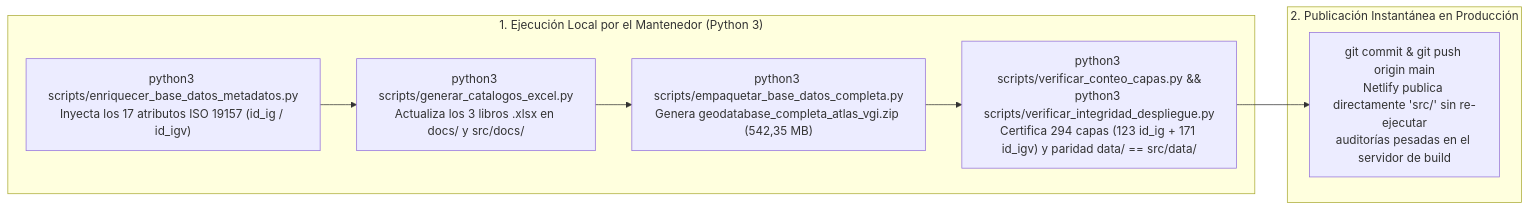
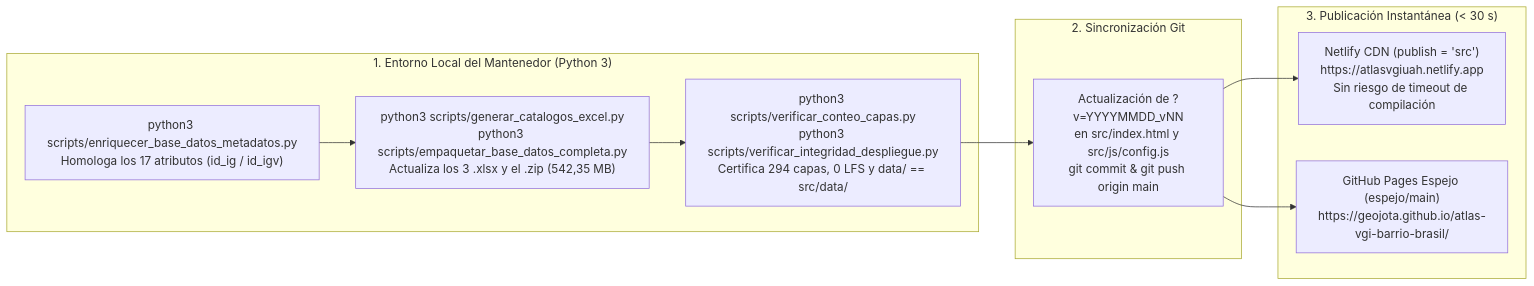
Before and after one commit to GEOJOTA/atlas-vgi-barrio-brasil: diagram 14 of 15 in src/docs/MANUAL_ACTUALIZACION_ATLAS.md, drawn with Mermaid. The commit also changed other lines of this file and 8 other files, not shown here.

Commit message:
docs(prototipo-02): robustecer y expandir manual de actualizacion, diagramas y documentacion navegable (v65)

````diff
--- a/src/docs/MANUAL_ACTUALIZACION_ATLAS.md
+++ b/src/docs/MANUAL_ACTUALIZACION_ATLAS.md
@@ -728,15 +763,19 @@
 ```mermaid
 flowchart LR
-    subgraph LOCAL["1. Ejecución Local por el Mantenedor (Python 3)"]
-        S1["python3 scripts/enriquecer_base_datos_metadatos.py\nInyecta los 17 atributos ISO 19157 (id_ig / id_igv)"]
-        S2["python3 scripts/generar_catalogos_excel.py\nActualiza los 3 libros .xlsx en docs/ y src/docs/"]
-        S3["python3 scripts/empaquetar_base_datos_completa.py\nGenera geodatabase_completa_atlas_vgi.zip (542,35 MB)"]
-        S4["python3 scripts/verificar_conteo_capas.py &&\npython3 scripts/verificar_integridad_despliegue.py\nCertifica 294 capas (123 id_ig + 171 id_igv) y paridad data/ == src/data/"]
+    subgraph LOCAL["1. Entorno Local del Mantenedor (Python 3)"]
+        L1["python3 scripts/enriquecer_base_datos_metadatos.py\nHomologa los 17 atributos (id_ig / id_igv)"]
+        L2["python3 scripts/generar_catalogos_excel.py\npython3 scripts/empaquetar_base_datos_completa.py\nActualiza los 3 .xlsx y el .zip (542,35 MB)"]
+        L3["python3 scripts/verificar_conteo_capas.py\npython3 scripts/verificar_integridad_despliegue.py\nCertifica 294 capas, 0 LFS y data/ == src/data/"]
     end
 
-    subgraph DEPLOY["2. Publicación Instantánea en Producción"]
-        G1["git commit & git push origin main\nNetlify publica directamente 'src/' sin re-ejecutar\nauditorías pesadas en el servidor de build"]
+    subgraph GIT["2. Sincronización Git"]
+        G1["Actualización de ?v=YYYYMMDD_vNN\nen src/index.html y src/js/config.js\ngit commit & git push origin main"]
     end
 
-    S1 --> S2 --> S3 --> S4 --> G1
+    subgraph PROD["3. Publicación Instantánea (< 30 s)"]
+        P1["Netlify CDN (publish = 'src')\nhttps://atlasvgiuah.netlify.app\nSin riesgo de timeout de compilación"]
+        P2["GitHub Pages Espejo (espejo/main)\nhttps://geojota.github.io/atlas-vgi-barrio-brasil/"]
+    end
+
+    L1 --> L2 --> L3 --> G1 --> P1 & P2
 ```
````
